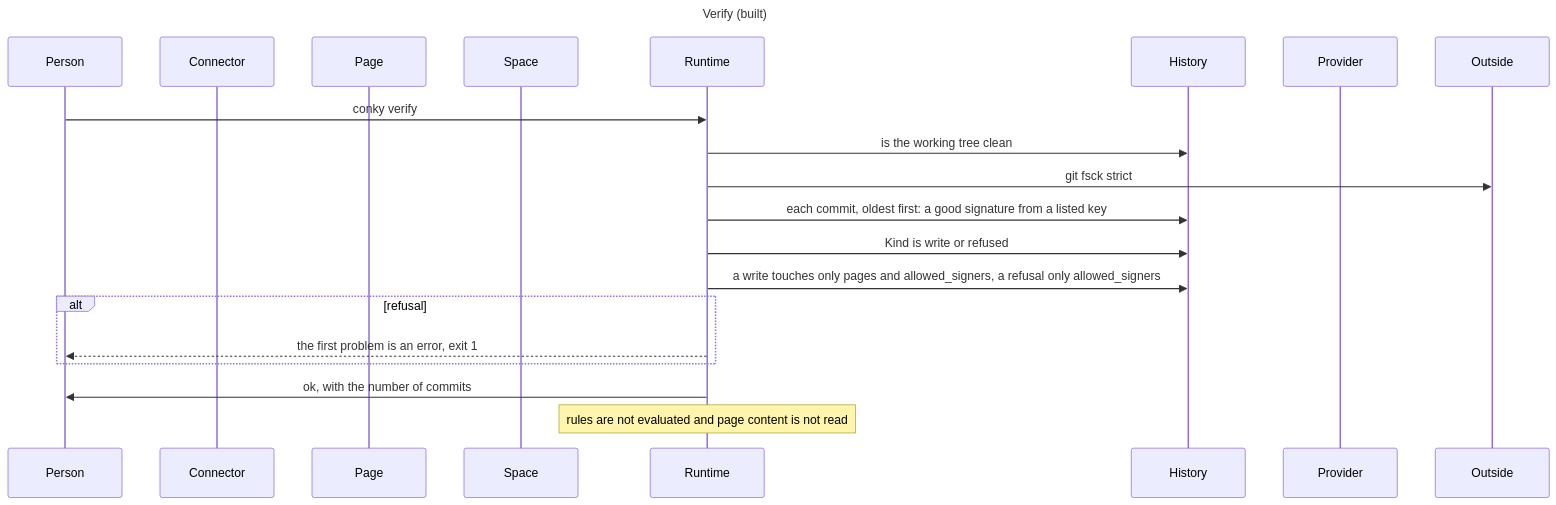
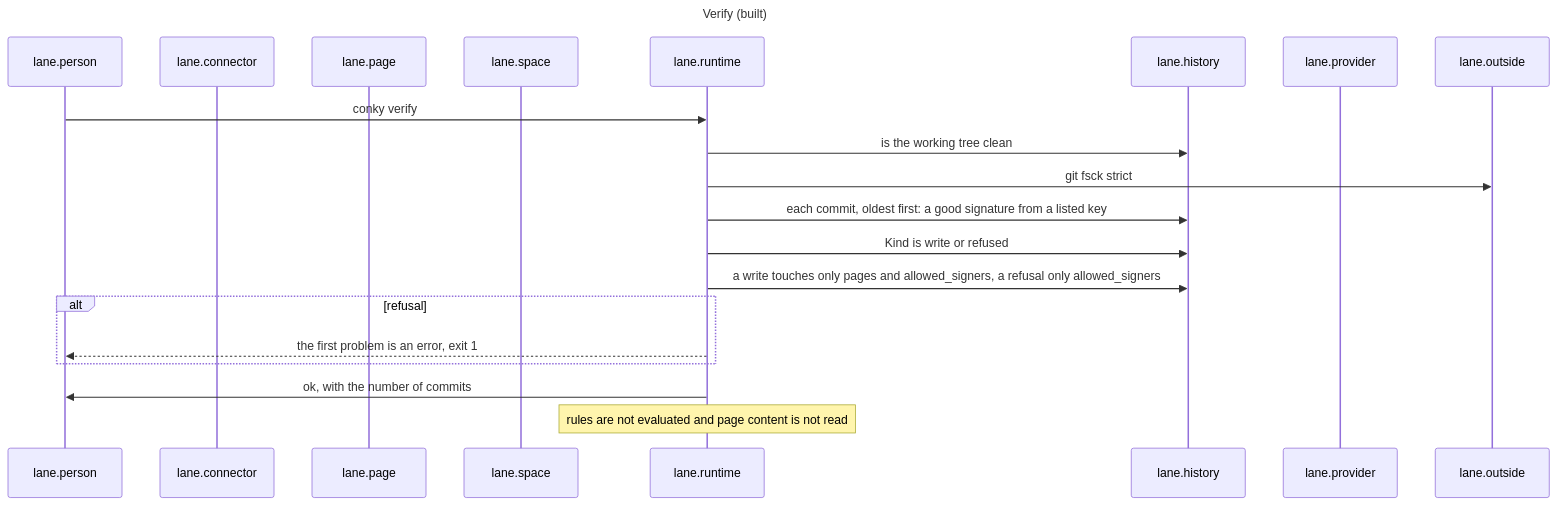
One commit to drksci/conky changed diagram 11 of 29 in docs/reference/architecture.md. Above: the diagram before and after it, drawn with Mermaid. The commit also changed other lines of this file and 84 other files, not shown here.

First line of the commit message:
refactor: give every part of the architecture a dotted name

````diff
--- a/docs/reference/architecture.md
+++ b/docs/reference/architecture.md
@@ -557,25 +579,25 @@
 ```mermaid
 ---
 title: Verify (built)
 ---
 sequenceDiagram
-    participant Person
-    participant Connector
-    participant Page
-    participant Space
-    participant Runtime
-    participant History
-    participant Provider
-    participant Outside
-    Person->>Runtime: conky verify
-    Runtime->>History: is the working tree clean
-    Runtime->>Outside: git fsck strict
-    Runtime->>History: each commit, oldest first: a good signature from a listed key
-    Runtime->>History: Kind is write or refused
-    Runtime->>History: a write touches only pages and allowed_signers, a refusal only allowed_signers
+    participant lane.person
+    participant lane.connector
+    participant lane.page
+    participant lane.space
+    participant lane.runtime
+    participant lane.history
+    participant lane.provider
+    participant lane.outside
+    lane.person->>lane.runtime: conky verify
+    lane.runtime->>lane.history: is the working tree clean
+    lane.runtime->>lane.outside: git fsck strict
+    lane.runtime->>lane.history: each commit, oldest first: a good signature from a listed key
+    lane.runtime->>lane.history: Kind is write or refused
+    lane.runtime->>lane.history: a write touches only pages and allowed_signers, a refusal only allowed_signers
     alt refusal
-        Runtime-->>Person: the first problem is an error, exit 1
+        lane.runtime-->>lane.person: the first problem is an error, exit 1
     end
-    Runtime->>Person: ok, with the number of commits
-    Note over Runtime: rules are not evaluated and page content is not read
+    lane.runtime->>lane.person: ok, with the number of commits
+    Note over lane.runtime: rules are not evaluated and page content is not read
 ```
````
